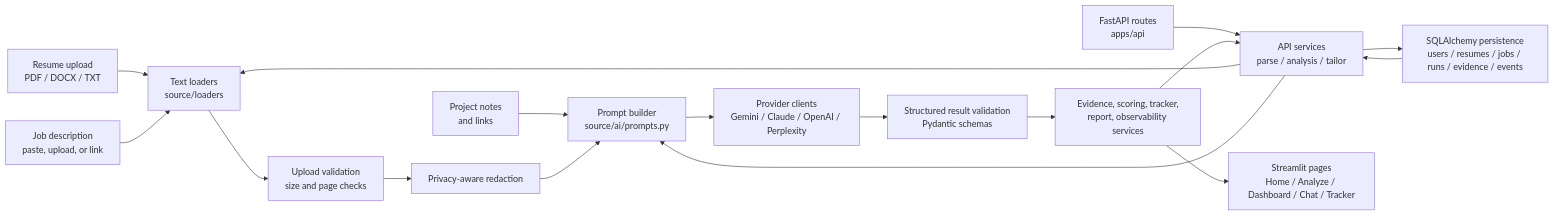
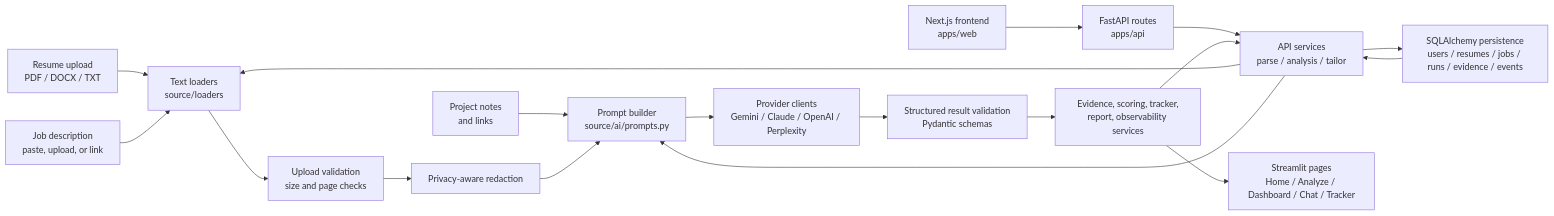
The first of 2 diagrams in docs/architecture.md (Sarthak2661/Truthfit-Resume-AI), drawn with Mermaid before and after one commit. The commit also changed other lines of this file and 4 other files, not shown here.

````diff
--- a/docs/architecture.md
+++ b/docs/architecture.md
@@ -7,19 +7,20 @@
 ```mermaid
 flowchart LR
     resume["Resume upload<br>PDF / DOCX / TXT"] --> loaders["Text loaders<br>source/loaders"]
     jd["Job description<br>paste, upload, or link"] --> loaders
     links["Project notes<br>and links"] --> prompt["Prompt builder<br>source/ai/prompts.py"]
+    web["Next.js frontend<br>apps/web"] --> api
     api["FastAPI routes<br>apps/api"] --> api_services["API services<br>parse / analysis / tailor"]
     api_services --> loaders
     api_services --> prompt
     loaders --> validation["Upload validation<br>size and page checks"]
     validation --> redaction["Privacy-aware redaction"]
     redaction --> prompt
     prompt --> providers["Provider clients<br>Gemini / Claude / OpenAI / Perplexity"]
     providers --> schema["Structured result validation<br>Pydantic schemas"]
     schema --> services["Evidence, scoring, tracker,<br>report, observability services"]
     api_services --> db["SQLAlchemy persistence<br>users / resumes / jobs / runs / evidence / events"]
     db --> api_services
     services --> api_services
     services --> pages["Streamlit pages<br>Home / Analyze / Dashboard / Chat / Tracker"]
 ```
````
